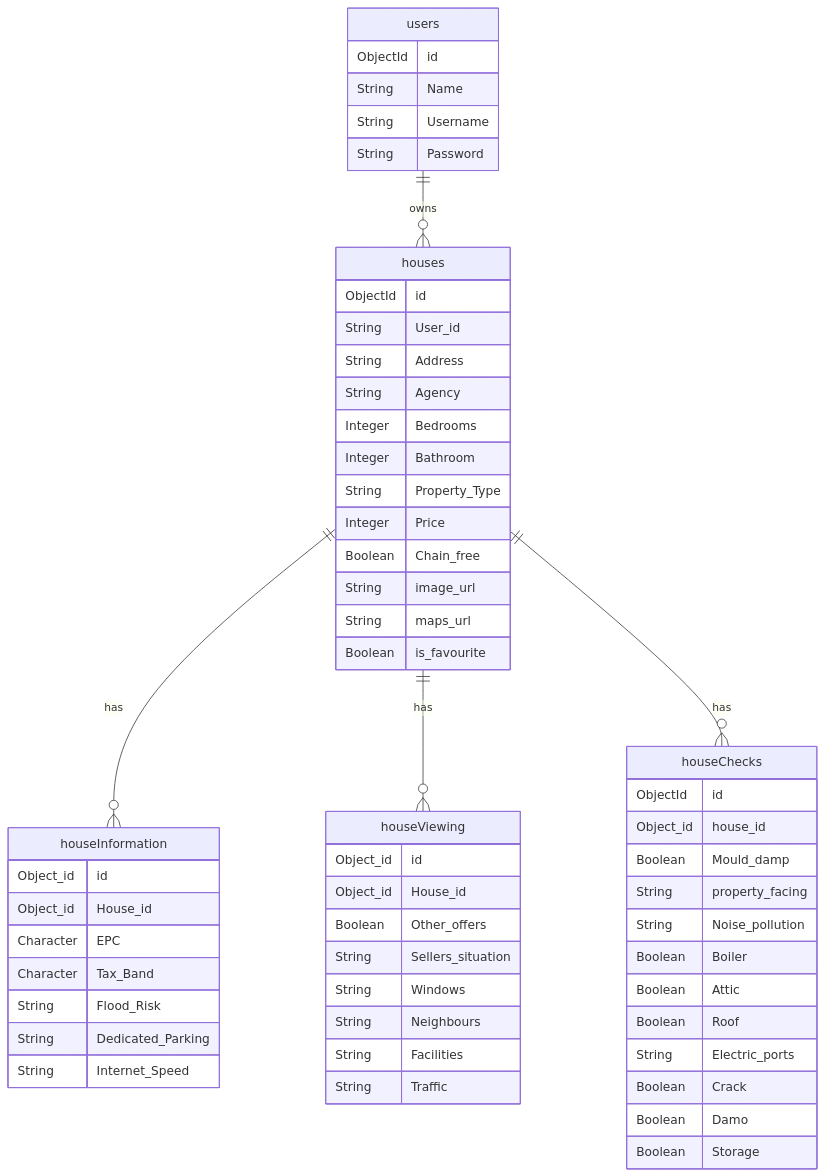
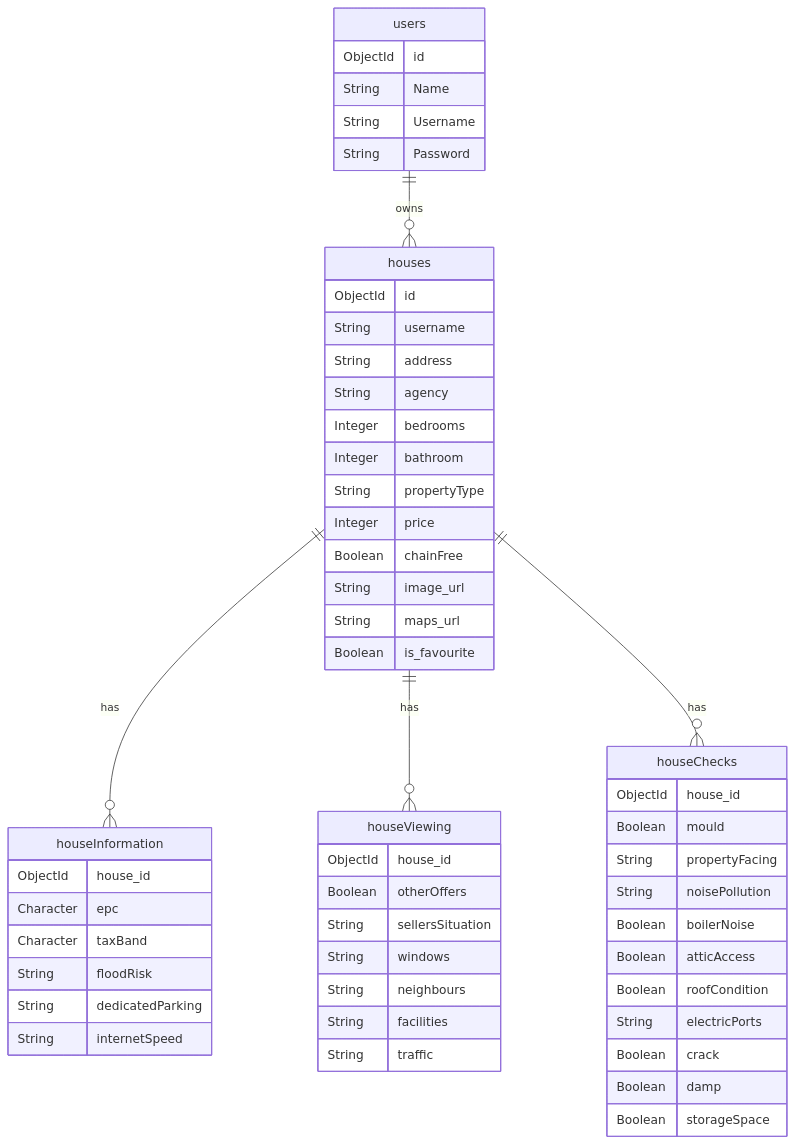
One commit to mikavir/casa-quest changed the diagram in README.md. Above: the diagram before and after it, drawn with Mermaid. The commit also changed other lines of this file and 2 other files, not shown here.

Commit message:
Fix more typos

````diff
--- a/README.md
+++ b/README.md
@@ -417,65 +418,62 @@
 ```mermaid
 erDiagram
     users {
         ObjectId id
         String Name
         String Username
         String Password
     }
 
     houses {
         ObjectId id
-        String User_id
-        String Address
-        String Agency
-        Integer Bedrooms
-        Integer Bathroom
-        String Property_Type
-        Integer Price
-        Boolean Chain_free
+        String username
+        String address
+        String agency
+        Integer bedrooms
+        Integer bathroom
+        String propertyType
+        Integer price
+        Boolean chainFree
         String image_url
         String maps_url
         Boolean is_favourite
     }
 
     houseInformation {
-        Object_id id
-        Object_id House_id
-        Character EPC
-        Character Tax_Band
-        String Flood_Risk
-        String Dedicated_Parking
-        String Internet_Speed
+        ObjectId house_id
+        Character epc
+        Character taxBand
+        String floodRisk
+        String dedicatedParking
+        String internetSpeed
     }
 
     houseViewing {
-        Object_id id
-        Object_id House_id
-        Boolean Other_offers
-        String Sellers_situation
-        String Windows
-        String Neighbours
-        String Facilities
-        String Traffic
+        ObjectId house_id
+        Boolean otherOffers
+        String sellersSituation
+        String windows
+        String neighbours
+        String facilities
+        String traffic
     }
 
     houseChecks {
-        ObjectId id
-        Object_id house_id
-        Boolean Mould_damp
-        String property_facing
-        String Noise_pollution
-        Boolean Boiler
-        Boolean Attic
-        Boolean Roof
-        String Electric_ports
-        Boolean Crack
-        Boolean Damo
-        Boolean Storage
+        ObjectId house_id
+        Boolean mould
+        String propertyFacing
+        String noisePollution
+        Boolean boilerNoise
+        Boolean atticAccess
+        Boolean roofCondition
+        String electricPorts
+        Boolean crack
+        Boolean damp
+        Boolean storageSpace
     }
 
     users ||--o{ houses: owns
     houses ||--o{ houseInformation: has
     houses ||--o{ houseViewing: has
     houses ||--o{ houseChecks: has
 ```
````
